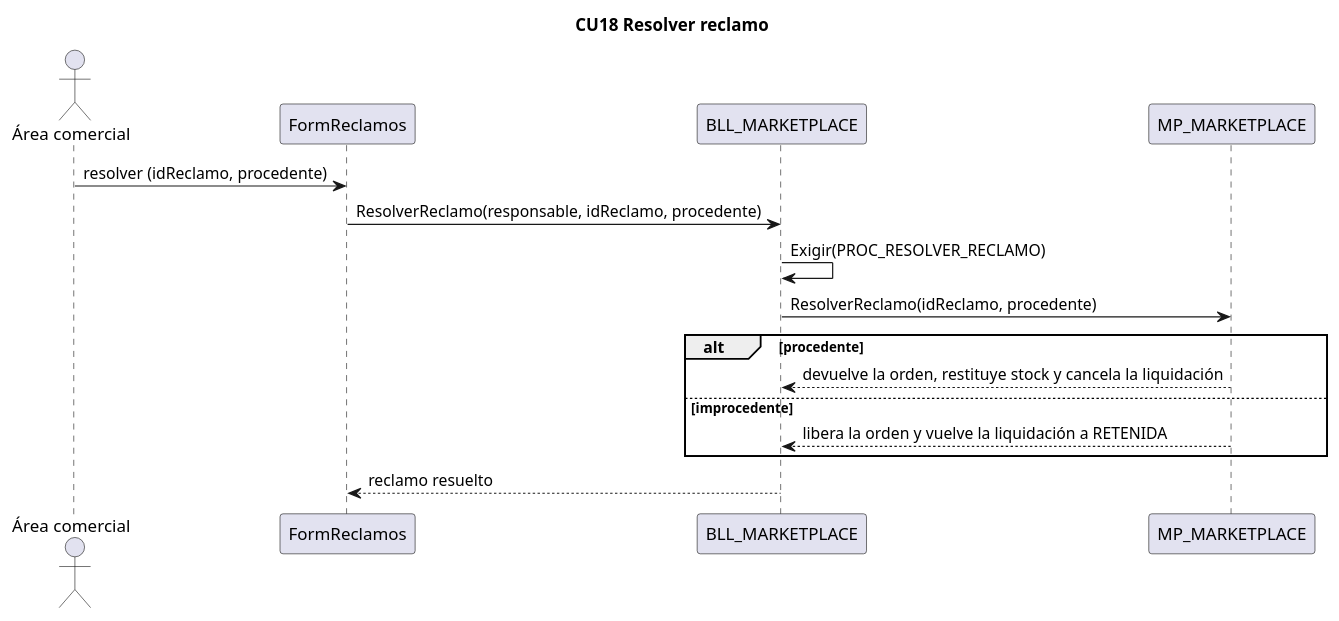
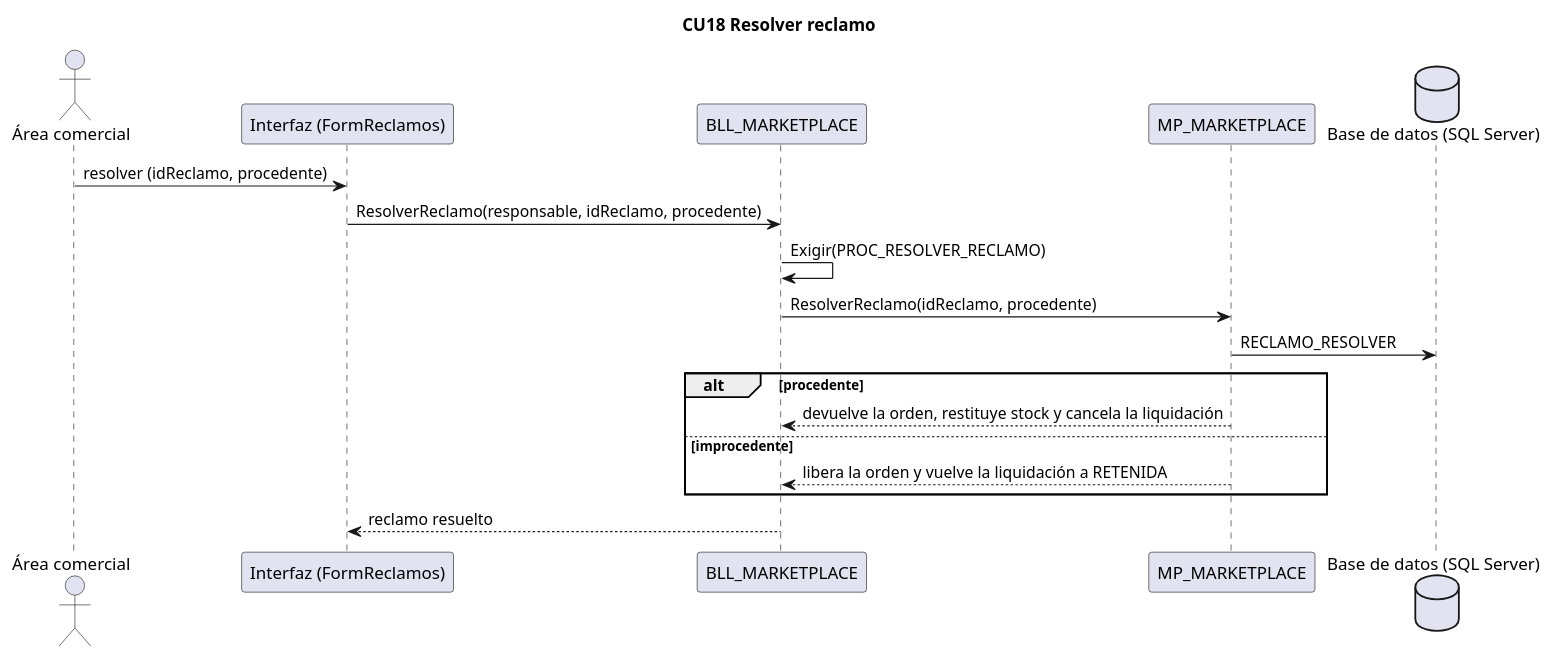
The diagram in docs/diagramas/secuencias/CU18_resolver_reclamo.puml (L-Muniz/uai-diploma_2026), drawn with PlantUML before and after one commit. The commit also changed 36 other files, not shown here.

Commit message:
Docs: secuencias con capa de interfaz y base de datos; imágenes del Word limitadas a la hoja

```diff
--- a/docs/diagramas/secuencias/CU18_resolver_reclamo.puml
+++ b/docs/diagramas/secuencias/CU18_resolver_reclamo.puml
@@ -1,17 +1,19 @@
 @startuml CU18
 title CU18 Resolver reclamo
 actor "Área comercial" as Area
-participant "FormReclamos" as IU
+participant "Interfaz (FormReclamos)" as IU
 participant "BLL_MARKETPLACE" as BLL
 participant "MP_MARKETPLACE" as DAL
+database "Base de datos (SQL Server)" as BD
 Area -> IU : resolver (idReclamo, procedente)
 IU -> BLL : ResolverReclamo(responsable, idReclamo, procedente)
 BLL -> BLL : Exigir(PROC_RESOLVER_RECLAMO)
 BLL -> DAL : ResolverReclamo(idReclamo, procedente)
+DAL -> BD : RECLAMO_RESOLVER
 alt procedente
   DAL --> BLL : devuelve la orden, restituye stock y cancela la liquidación
 else improcedente
   DAL --> BLL : libera la orden y vuelve la liquidación a RETENIDA
 end
 BLL --> IU : reclamo resuelto
 @enduml
```
